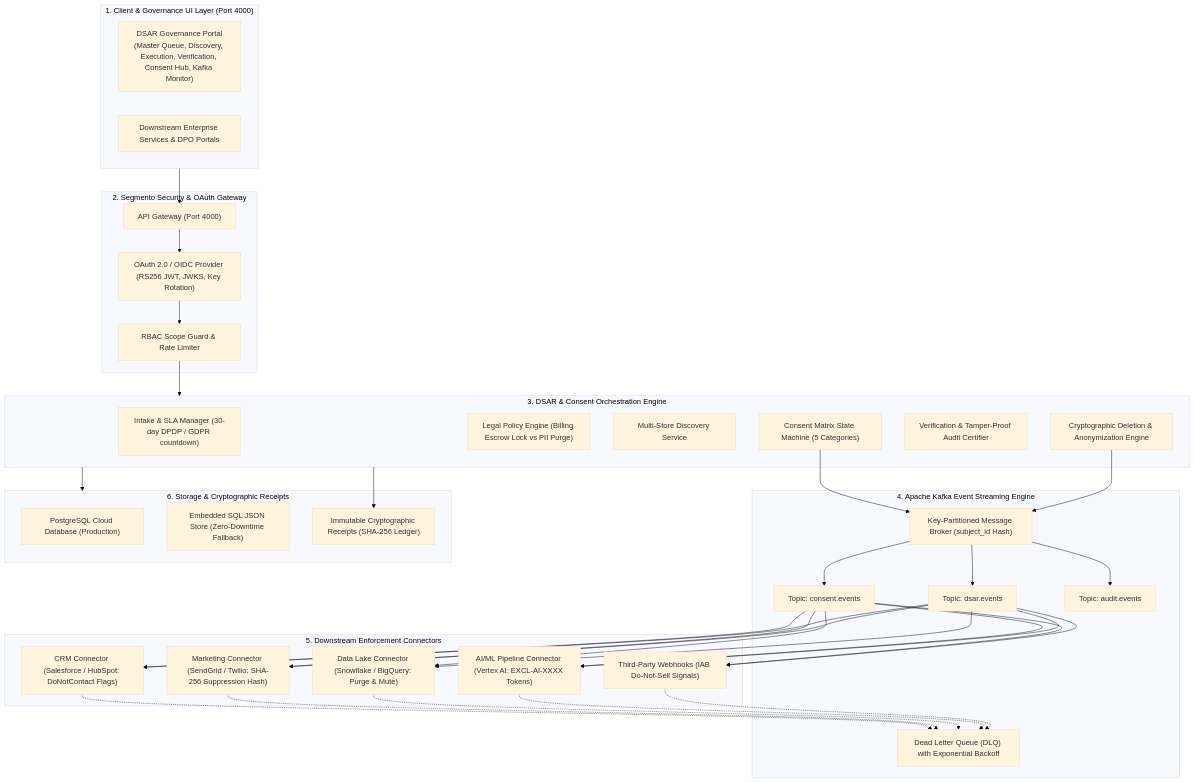
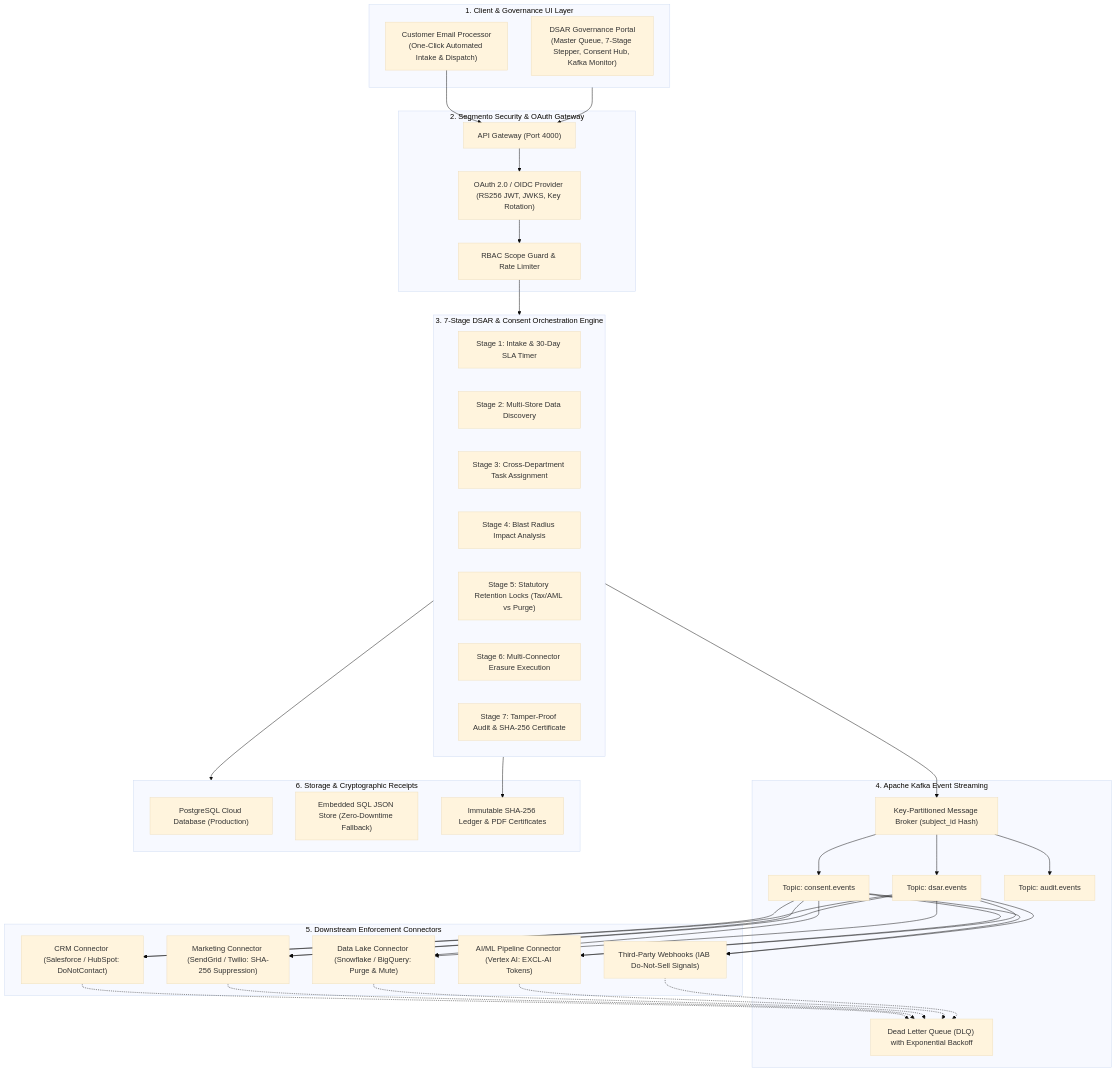
Before and after one commit to Manojya1701/dsar_portal-: the diagram in README.md, drawn with Mermaid (base theme). The commit also changed other lines of this file and 14 other files, not shown here.

````diff
--- a/README.md
+++ b/README.md
@@ -19,55 +23,56 @@
 ```mermaid
 flowchart TD
-    subgraph ClientLayer ["1. Client & Governance UI Layer (Port 4000)"]
-        UI["DSAR Governance Portal<br/>(Master Queue, Discovery, Execution, Verification, Consent Hub, Kafka Monitor)"]
-        API_CONSUMER["Downstream Enterprise Services & DPO Portals"]
+    subgraph ClientLayer ["1. Client & Governance UI Layer"]
+        UI["DSAR Governance Portal<br/>(Master Queue, 7-Stage Stepper, Consent Hub, Kafka Monitor)"]
+        MAIL["Customer Email Processor<br/>(One-Click Automated Intake & Dispatch)"]
     end
 
     subgraph GatewayLayer ["2. Segmento Security & OAuth Gateway"]
         GW["API Gateway (Port 4000)"]
         OAUTH["OAuth 2.0 / OIDC Provider (RS256 JWT, JWKS, Key Rotation)"]
         GUARDS["RBAC Scope Guard & Rate Limiter"]
     end
 
-    subgraph ServiceLayer ["3. DSAR & Consent Orchestration Engine"]
-        INTAKE["Intake & SLA Manager (30-day DPDP / GDPR countdown)"]
-        POL_ENGINE["Legal Policy Engine (Billing Escrow Lock vs PII Purge)"]
-        DISC_ENGINE["Multi-Store Discovery Service"]
-        EXEC_ENGINE["Cryptographic Deletion & Anonymization Engine"]
-        VERIF_ENGINE["Verification & Tamper-Proof Audit Certifier"]
-        CONSENT_MGR["Consent Matrix State Machine (5 Categories)"]
+    subgraph ServiceLayer ["3. 7-Stage DSAR & Consent Orchestration Engine"]
+        S1["Stage 1: Intake & 30-Day SLA Timer"]
+        S2["Stage 2: Multi-Store Data Discovery"]
+        S3["Stage 3: Cross-Department Task Assignment"]
+        S4["Stage 4: Blast Radius Impact Analysis"]
+        S5["Stage 5: Statutory Retention Locks (Tax/AML vs Purge)"]
+        S6["Stage 6: Multi-Connector Erasure Execution"]
+        S7["Stage 7: Tamper-Proof Audit & SHA-256 Certificate"]
     end
 
-    subgraph KafkaBroker ["4. Apache Kafka Event Streaming Engine"]
+    subgraph KafkaBroker ["4. Apache Kafka Event Streaming"]
         BROKER["Key-Partitioned Message Broker (subject_id Hash)"]
         T1["Topic: consent.events"]
         T2["Topic: dsar.events"]
         T3["Topic: audit.events"]
         DLQ["Dead Letter Queue (DLQ) with Exponential Backoff"]
     end
 
     subgraph Connectors ["5. Downstream Enforcement Connectors"]
-        C_CRM["CRM Connector (Salesforce / HubSpot: DoNotContact Flags)"]
-        C_MKT["Marketing Connector (SendGrid / Twilio: SHA-256 Suppression Hash)"]
+        C_CRM["CRM Connector (Salesforce / HubSpot: DoNotContact)"]
+        C_MKT["Marketing Connector (SendGrid / Twilio: SHA-256 Suppression)"]
         C_LAKE["Data Lake Connector (Snowflake / BigQuery: Purge & Mute)"]
-        C_AI["AI/ML Pipeline Connector (Vertex AI: EXCL-AI-XXXX Tokens)"]
+        C_AI["AI/ML Pipeline Connector (Vertex AI: EXCL-AI Tokens)"]
         C_3RD["Third-Party Webhooks (IAB Do-Not-Sell Signals)"]
     end
 
     subgraph StorageLayer ["6. Storage & Cryptographic Receipts"]
         POSTGRES["PostgreSQL Cloud Database (Production)"]
         LOCAL_DB["Embedded SQL JSON Store (Zero-Downtime Fallback)"]
-        RECEIPTS["Immutable Cryptographic Receipts (SHA-256 Ledger)"]
+        RECEIPTS["Immutable SHA-256 Ledger & PDF Certificates"]
     end
 
     ClientLayer --> GW
+    MAIL --> GW
     GW --> OAUTH --> GUARDS
     GUARDS --> ServiceLayer
     ServiceLayer --> StorageLayer
-    CONSENT_MGR --> BROKER
-    EXEC_ENGINE --> BROKER
+    ServiceLayer --> BROKER
     BROKER --> T1 & T2 & T3
     T1 & T2 --> C_CRM & C_MKT & C_LAKE & C_AI & C_3RD
     C_CRM & C_MKT & C_LAKE & C_AI & C_3RD -.-> DLQ
     ServiceLayer --> RECEIPTS
 ```
````
